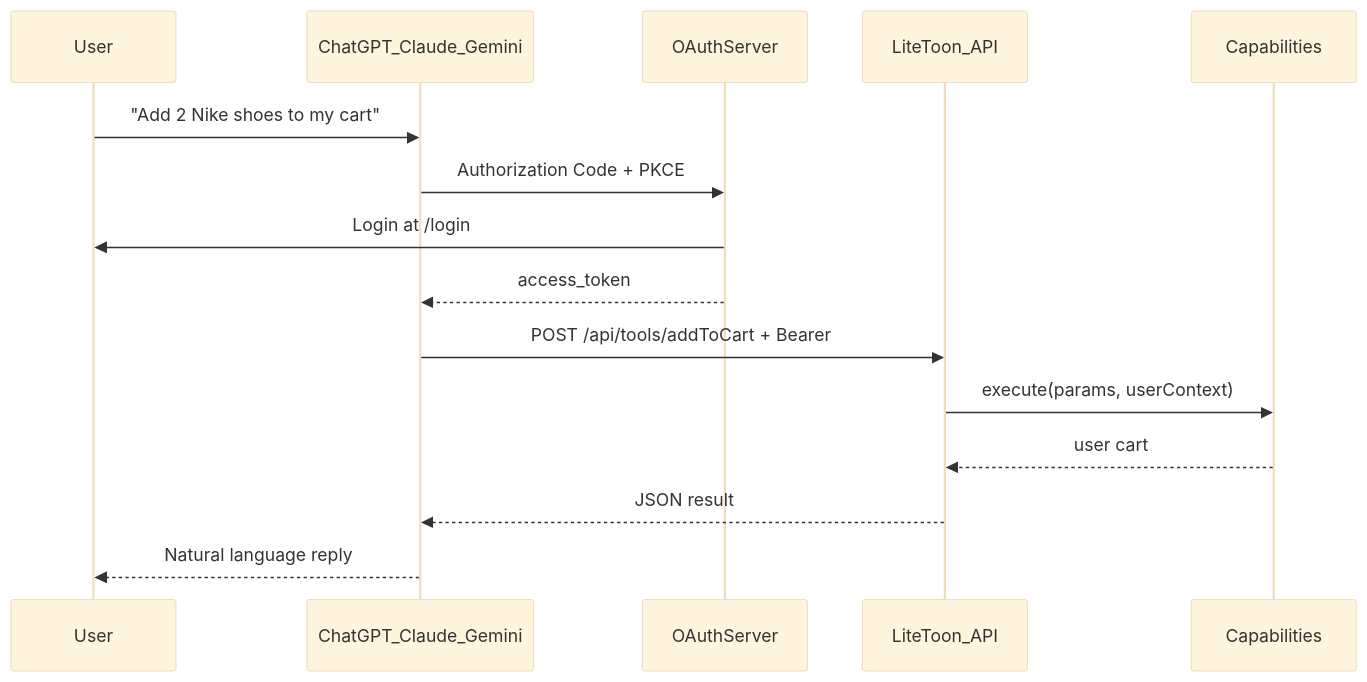
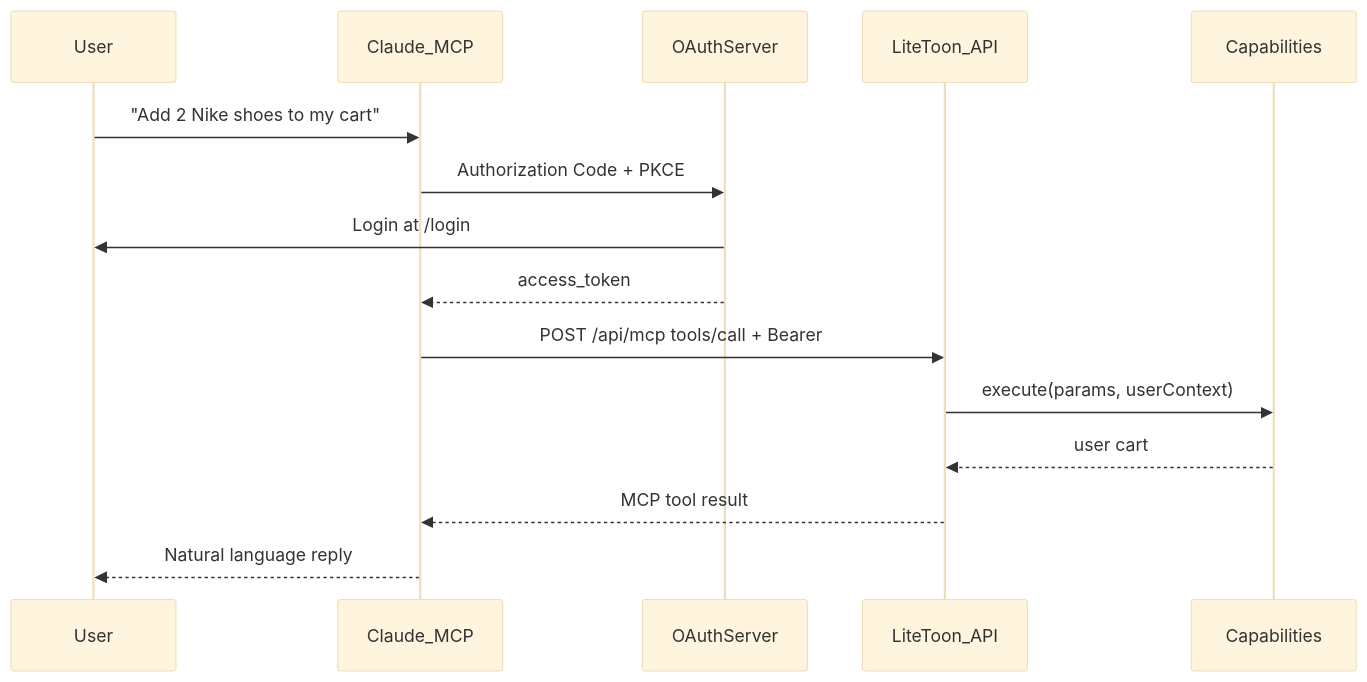
One commit to Luke-official/lite-toon changed the second of 2 diagrams in README.md. Above: the diagram before and after it, drawn with Mermaid (base theme). The commit also changed other lines of this file and 19 other files, not shown here.

Commit message:
docs: update documentation to reflect current support for Claude and clarify the status of ChatGPT and Gemini integrations; enhance setup guides, API references, and capability flows for better user understanding

````diff
--- a/README.md
+++ b/README.md
@@ -423,18 +440,18 @@
 ```mermaid
 sequenceDiagram
     participant User
-    participant AI as ChatGPT_Claude_Gemini
+    participant Claude as Claude_MCP
     participant OAuth as OAuthServer
     participant API as LiteToon_API
     participant Cap as Capabilities
 
-    User->>AI: "Add 2 Nike shoes to my cart"
-    AI->>OAuth: Authorization Code + PKCE
+    User->>Claude: "Add 2 Nike shoes to my cart"
+    Claude->>OAuth: Authorization Code + PKCE
     OAuth->>User: Login at /login
-    OAuth-->>AI: access_token
-    AI->>API: POST /api/tools/addToCart + Bearer
+    OAuth-->>Claude: access_token
+    Claude->>API: POST /api/mcp tools/call + Bearer
     API->>Cap: execute(params, userContext)
     Cap-->>API: user cart
-    API-->>AI: JSON result
-    AI-->>User: Natural language reply
+    API-->>Claude: MCP tool result
+    Claude-->>User: Natural language reply
 ```
````
